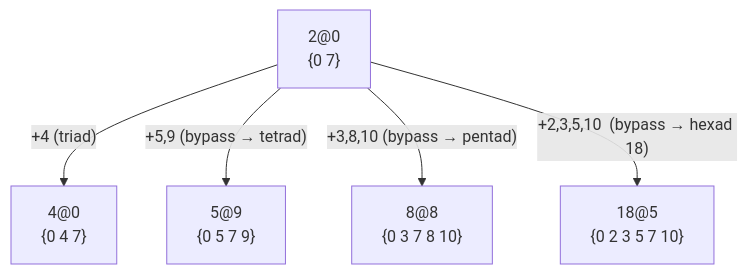
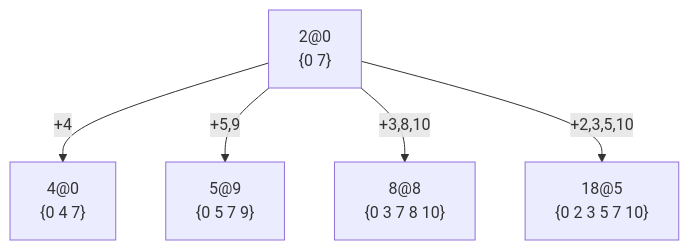
The third of 4 diagrams in website/docs/music/placements.mdx (jkvastad/Melodroid-3), drawn with Mermaid before and after one commit. The commit also changed other lines of this file, not shown here.

````diff
--- a/website/docs/music/placements.mdx
+++ b/website/docs/music/placements.mdx
@@ -92,13 +147,13 @@
 ```mermaid
 flowchart TD
     D0["2@0<br/>{0 7}"]
     R["4@0<br/>{0 4 7}"]
     N59["5@9<br/>{0 5 7 9}"]
     E8["8@8<br/>{0 3 7 8 10}"]
     N185["18@5<br/>{0 2 3 5 7 10}"]
 
-    D0 -- "+4  (triad)" --> R
-    D0 -- "+5,9  (bypass → tetrad)" --> N59
-    D0 -- "+3,8,10  (bypass → pentad)" --> E8
-    D0 -- "+2,3,5,10  (bypass → hexad 18)" --> N185
+    D0 -- "+4" --> R
+    D0 -- "+5,9" --> N59
+    D0 -- "+3,8,10" --> E8
+    D0 -- "+2,3,5,10" --> N185
 ```
````
